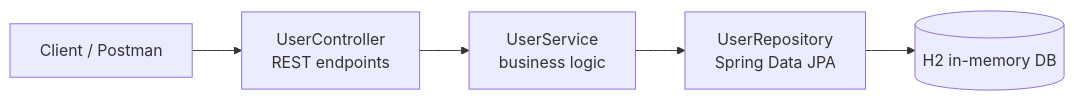
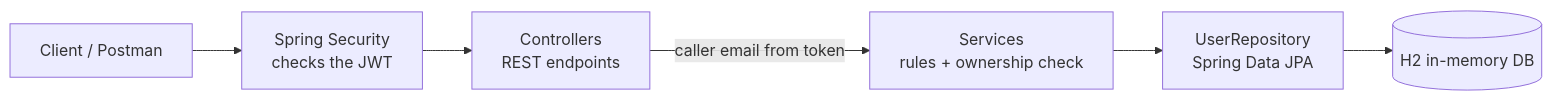
One commit to MrHope123/MrHope_BankingApp changed the diagram in README.md. Above: the diagram before and after it, drawn with Mermaid. The commit also changed other lines of this file and 27 other files, not shown here.

First line of the commit message:
Add JWT authentication and enforce account ownership in the service layer

````diff
--- a/README.md
+++ b/README.md
@@ -11,7 +11,8 @@
 ```mermaid
 flowchart LR
-    Client[Client / Postman] --> Controller[UserController<br/>REST endpoints]
-    Controller --> Service[UserService<br/>business logic]
+    Client[Client / Postman] --> Security[Spring Security<br/>checks the JWT]
+    Security --> Controller[Controllers<br/>REST endpoints]
+    Controller -->|caller email from token| Service[Services<br/>rules + ownership check]
     Service --> Repo[UserRepository<br/>Spring Data JPA]
     Repo --> DB[(H2 in-memory DB)]
 ```
````
